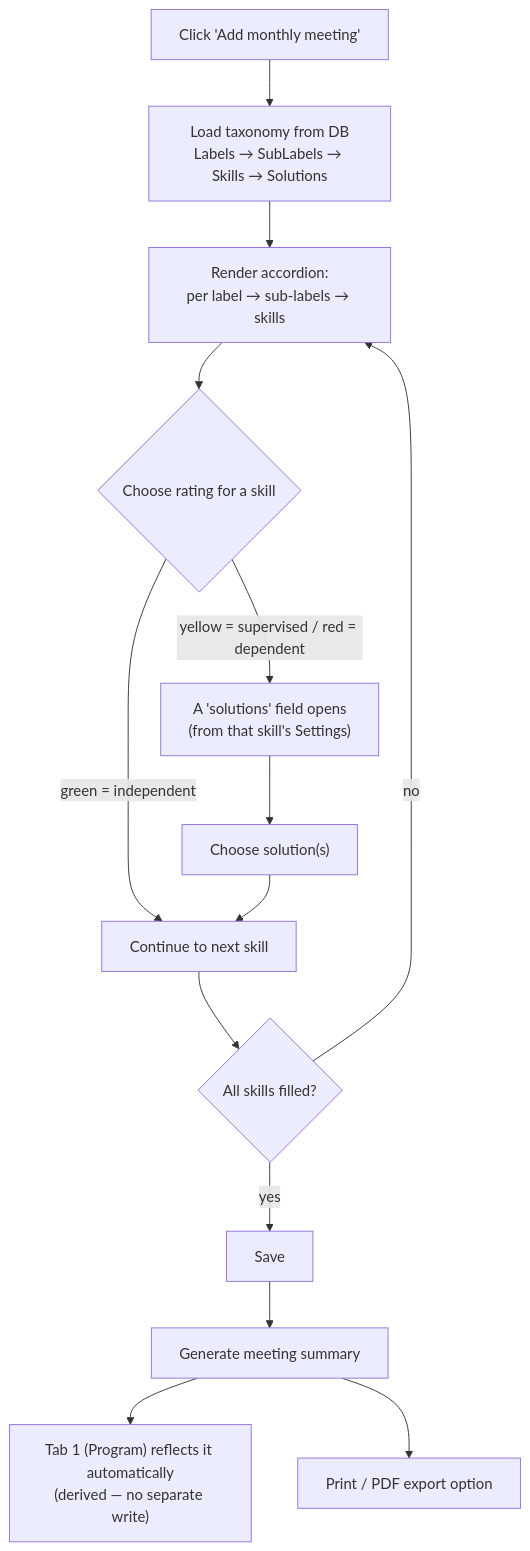
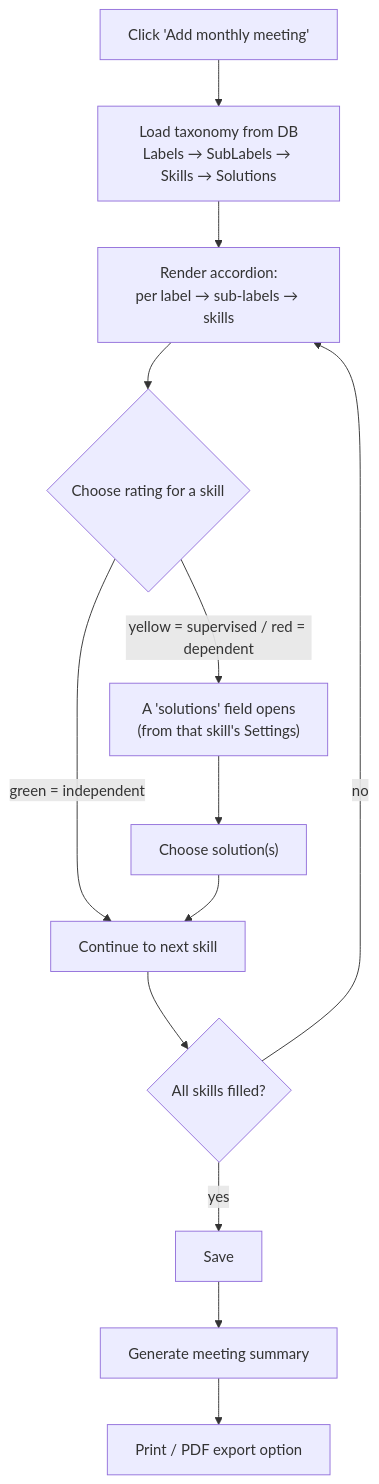
Before and after one commit to YossiCharash/aleisiach-student-care: the third of 7 diagrams in ARCHITECTURE.md, drawn with Mermaid. The commit also changed other lines of this file and 2 other files, not shown here.

First line of the commit message:
docs: record the manual promotion program (ADR-019)

````diff
--- a/ARCHITECTURE.md
+++ b/ARCHITECTURE.md
@@ -245,16 +251,15 @@
 ```mermaid
 flowchart TD
     A["Click 'Add monthly meeting'"] --> B["Load taxonomy from DB\nLabels → SubLabels → Skills → Solutions"]
     B --> C["Render accordion:\nper label → sub-labels → skills"]
     C --> D{"Choose rating for a skill"}
     D -->|green = independent| E["Continue to next skill"]
     D -->|yellow = supervised / red = dependent| F["A 'solutions' field opens\n(from that skill's Settings)"]
     F --> G["Choose solution(s)"]
     G --> E
     E --> H{"All skills filled?"}
     H -->|no| C
     H -->|yes| I["Save"]
     I --> J["Generate meeting summary"]
-    J --> K["Tab 1 (Program) reflects it automatically\n(derived — no separate write)"]
     J --> L["Print / PDF export option"]
 ```
````
